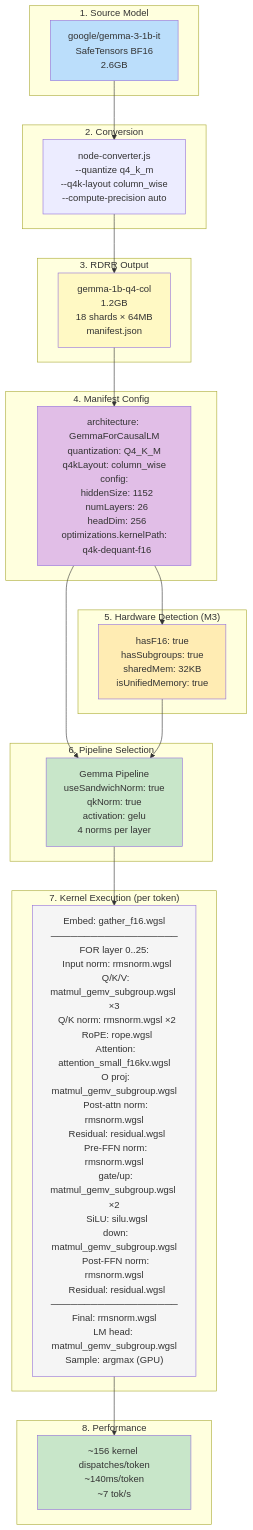
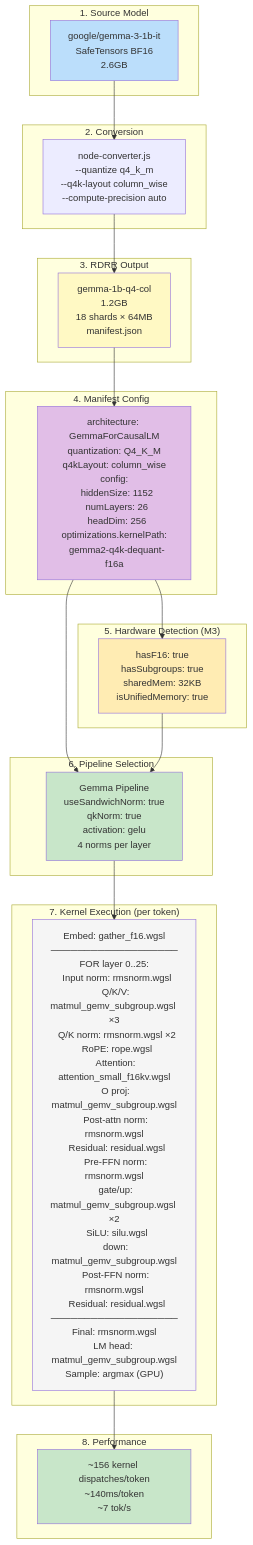
Before and after one commit to clocksmith/doppler: the ninth of 11 diagrams in docs/SYSTEM_FLOW.md, drawn with Mermaid. The commit also changed other lines of this file and 157 other files, not shown here.

````diff
--- a/docs/SYSTEM_FLOW.md
+++ b/docs/SYSTEM_FLOW.md
@@ -356,48 +356,48 @@
 ```mermaid
 graph TD
     subgraph Stage1["1. Source Model"]
         Source["google/gemma-3-1b-it<br/>SafeTensors BF16<br/>2.6GB"]
     end
 
     subgraph Stage2["2. Conversion"]
         Conv["node-converter.js<br/>--quantize q4_k_m<br/>--q4k-layout column_wise<br/>--compute-precision auto"]
     end
 
     subgraph Stage3["3. RDRR Output"]
         RDRR["gemma-1b-q4-col<br/>1.2GB<br/>18 shards × 64MB<br/>manifest.json"]
     end
 
     subgraph Stage4["4. Manifest Config"]
-        Manifest["architecture: GemmaForCausalLM<br/>quantization: Q4_K_M<br/>q4kLayout: column_wise<br/>config:<br/>&nbsp;&nbsp;hiddenSize: 1152<br/>&nbsp;&nbsp;numLayers: 26<br/>&nbsp;&nbsp;headDim: 256<br/>optimizations.kernelPath:<br/>&nbsp;&nbsp;q4k-dequant-f16"]
+        Manifest["architecture: GemmaForCausalLM<br/>quantization: Q4_K_M<br/>q4kLayout: column_wise<br/>config:<br/>&nbsp;&nbsp;hiddenSize: 1152<br/>&nbsp;&nbsp;numLayers: 26<br/>&nbsp;&nbsp;headDim: 256<br/>optimizations.kernelPath:<br/>&nbsp;&nbsp;gemma2-q4k-dequant-f16a"]
     end
 
     subgraph Stage5["5. Hardware Detection (M3)"]
         HW["hasF16: true<br/>hasSubgroups: true<br/>sharedMem: 32KB<br/>isUnifiedMemory: true"]
     end
 
     subgraph Stage6["6. Pipeline Selection"]
         Pipeline["Gemma Pipeline<br/>useSandwichNorm: true<br/>qkNorm: true<br/>activation: gelu<br/>4 norms per layer"]
     end
 
     subgraph Stage7["7. Kernel Execution (per token)"]
         Kernels["Embed: gather_f16.wgsl<br/>───────────────────<br/>FOR layer 0..25:<br/>&nbsp;&nbsp;Input norm: rmsnorm.wgsl<br/>&nbsp;&nbsp;Q/K/V: matmul_gemv_subgroup.wgsl ×3<br/>&nbsp;&nbsp;Q/K norm: rmsnorm.wgsl ×2<br/>&nbsp;&nbsp;RoPE: rope.wgsl<br/>&nbsp;&nbsp;Attention: attention_small_f16kv.wgsl<br/>&nbsp;&nbsp;O proj: matmul_gemv_subgroup.wgsl<br/>&nbsp;&nbsp;Post-attn norm: rmsnorm.wgsl<br/>&nbsp;&nbsp;Residual: residual.wgsl<br/>&nbsp;&nbsp;Pre-FFN norm: rmsnorm.wgsl<br/>&nbsp;&nbsp;gate/up: matmul_gemv_subgroup.wgsl ×2<br/>&nbsp;&nbsp;SiLU: silu.wgsl<br/>&nbsp;&nbsp;down: matmul_gemv_subgroup.wgsl<br/>&nbsp;&nbsp;Post-FFN norm: rmsnorm.wgsl<br/>&nbsp;&nbsp;Residual: residual.wgsl<br/>───────────────────<br/>Final: rmsnorm.wgsl<br/>LM head: matmul_gemv_subgroup.wgsl<br/>Sample: argmax (GPU)"]
     end
 
     subgraph Stage8["8. Performance"]
         Perf["~156 kernel dispatches/token<br/>~140ms/token<br/>~7 tok/s"]
     end
 
     Source --> Conv --> RDRR --> Manifest
     Manifest --> HW
     Manifest --> Pipeline
     HW --> Pipeline
     Pipeline --> Kernels --> Perf
 
     style Source fill:#bbdefb
     style RDRR fill:#fff9c4
     style Manifest fill:#e1bee7
     style HW fill:#ffecb3
     style Pipeline fill:#c8e6c9
     style Kernels fill:#f5f5f5
     style Perf fill:#c8e6c9
 ```
````
